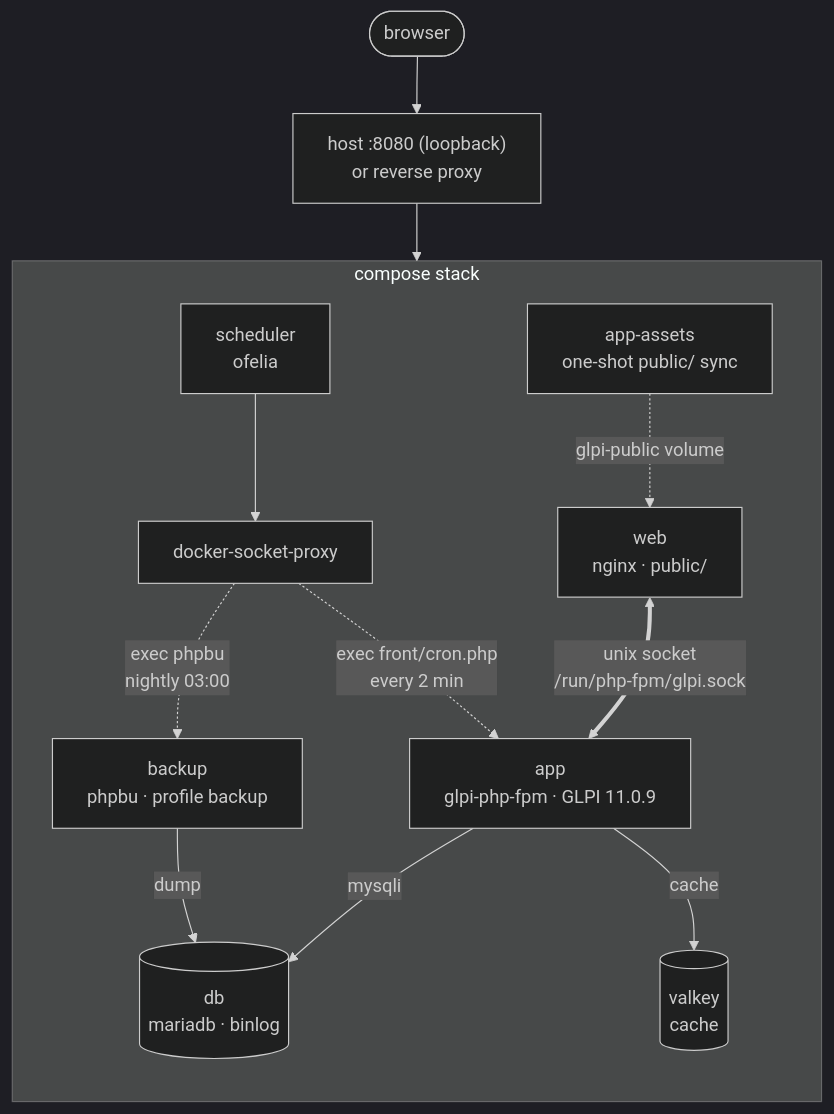
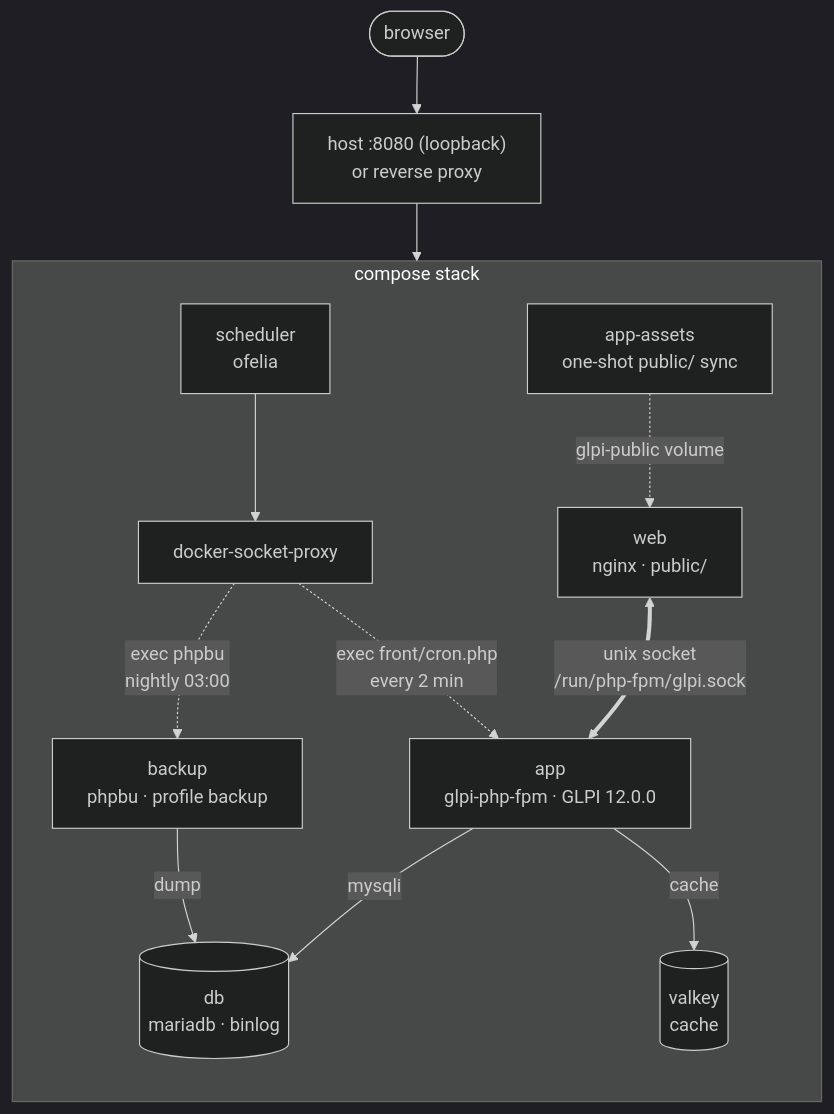
Before and after one commit to netresearch/glpi-docker-compose-stack: the diagram in README.md, drawn with Mermaid (dark theme). The commit also changed other lines of this file and 10 other files, not shown here.

First line of the commit message:
feat(glpi)!: bundle GLPI 12.0.0 on PHP 8.5

````diff
--- a/README.md
+++ b/README.md
@@ -26,27 +26,27 @@
 ```mermaid
 flowchart TB
     browser(["browser"]) --> ingress["host :8080 (loopback)<br>or reverse proxy"]
 
     subgraph stack["compose stack"]
         direction TB
         web["web<br>nginx · public/"]
         assets["app-assets<br>one-shot public/ sync"]
-        app["app<br>glpi-php-fpm · GLPI 11.0.9"]
+        app["app<br>glpi-php-fpm · GLPI 12.0.0"]
         db[("db<br>mariadb · binlog")]
         cache[("valkey<br>cache")]
         scheduler["scheduler<br>ofelia"]
         dsp["docker-socket-proxy"]
         backup["backup<br>phpbu · profile backup"]
 
         assets -. "glpi-public volume" .-> web
         web <== "unix socket<br>/run/php-fpm/glpi.sock" ==> app
         app -- mysqli --> db
         app -- cache --> cache
         scheduler --> dsp
         dsp -. "exec front/cron.php<br>every 2 min" .-> app
         dsp -. "exec phpbu<br>nightly 03:00" .-> backup
         backup -- dump --> db
     end
 
     ingress --> web
 ```
````
